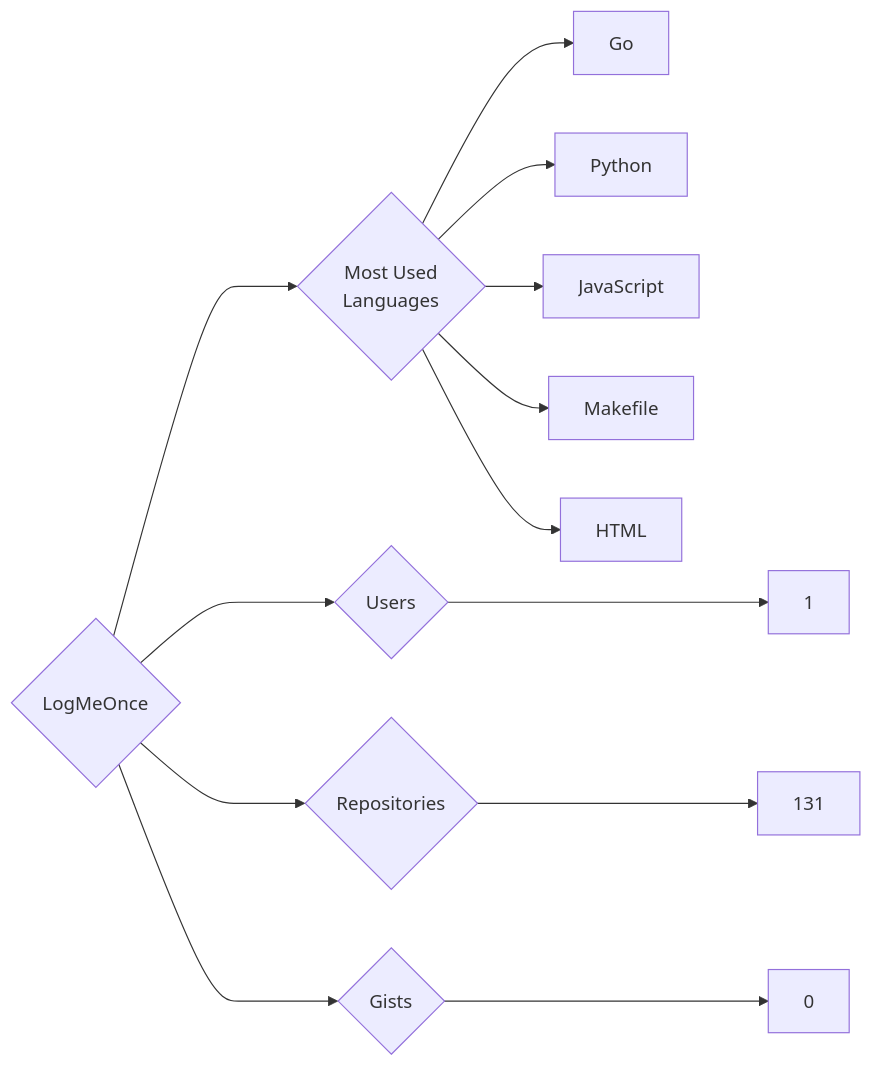
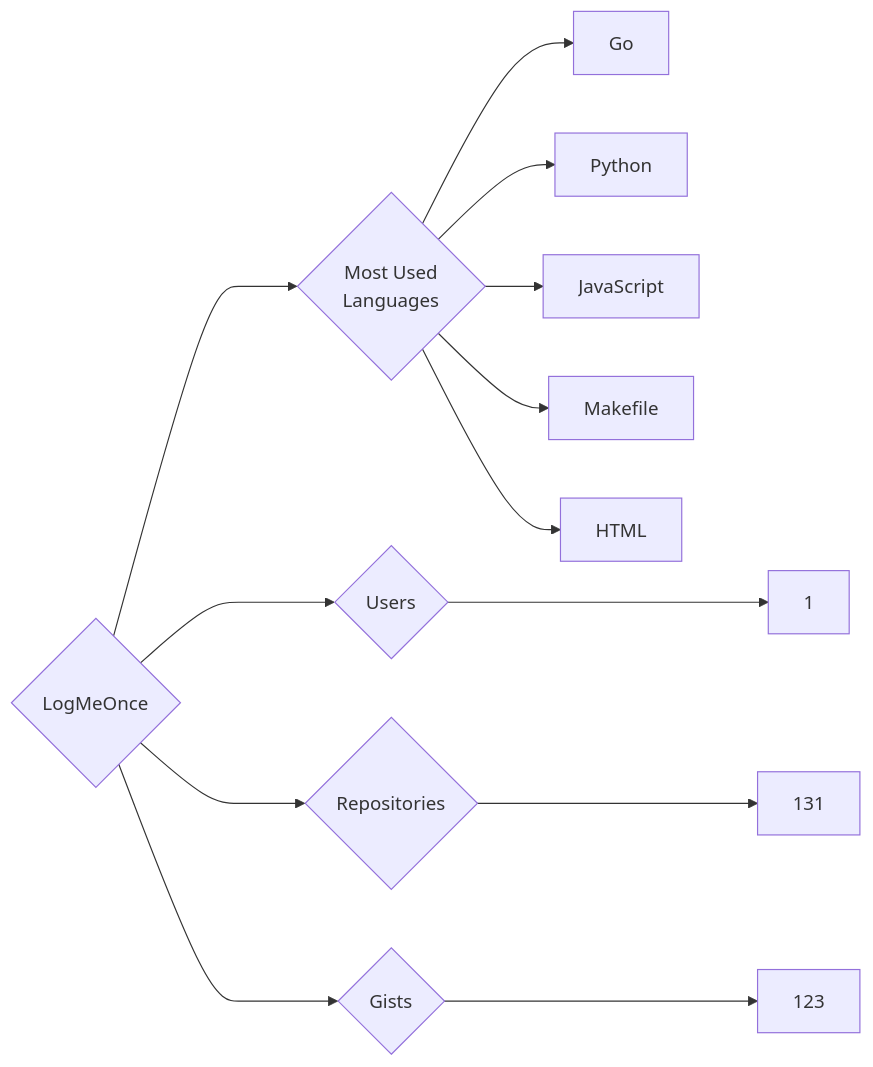
Before and after one commit to trickest/insiders: the diagram in targets/LogMeOnce/README.md, drawn with Mermaid. The commit also changed 932 other files, not shown here.

````diff
--- a/targets/LogMeOnce/README.md
+++ b/targets/LogMeOnce/README.md
@@ -3,13 +3,13 @@
 ```mermaid
 graph LR
 COMPANY_NAME{LogMeOnce}
 COMPANY_NAME ---> U{Users} ---> UN[1]
 COMPANY_NAME ---> R{Repositories} ---> RN[131]
-COMPANY_NAME ---> G{Gists} ---> GN[0]
+COMPANY_NAME ---> G{Gists} ---> GN[123]
 COMPANY_NAME ---> ML{Most Used<br>Languages}
 ML --> Go[Go]
 ML --> Python[Python]
 ML --> JavaScript[JavaScript]
 ML --> Makefile[Makefile]
 ML --> HTML[HTML]
 ```
````
